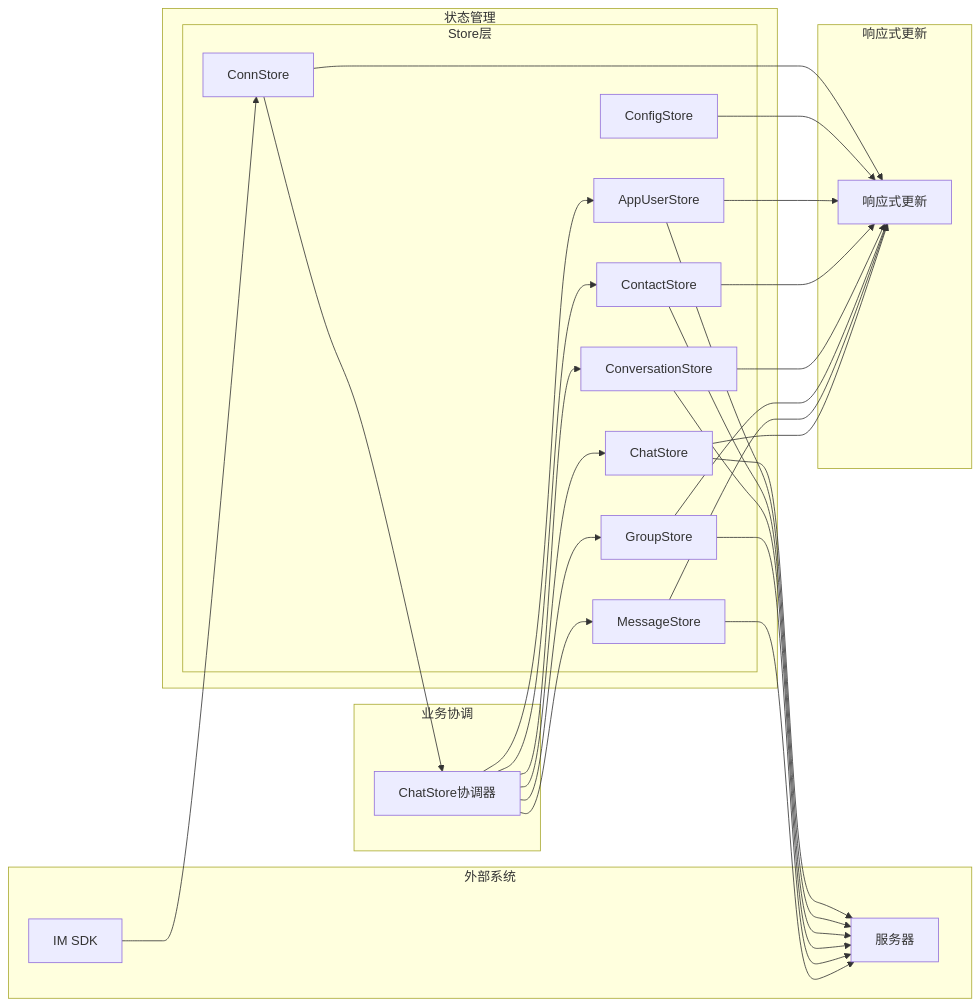
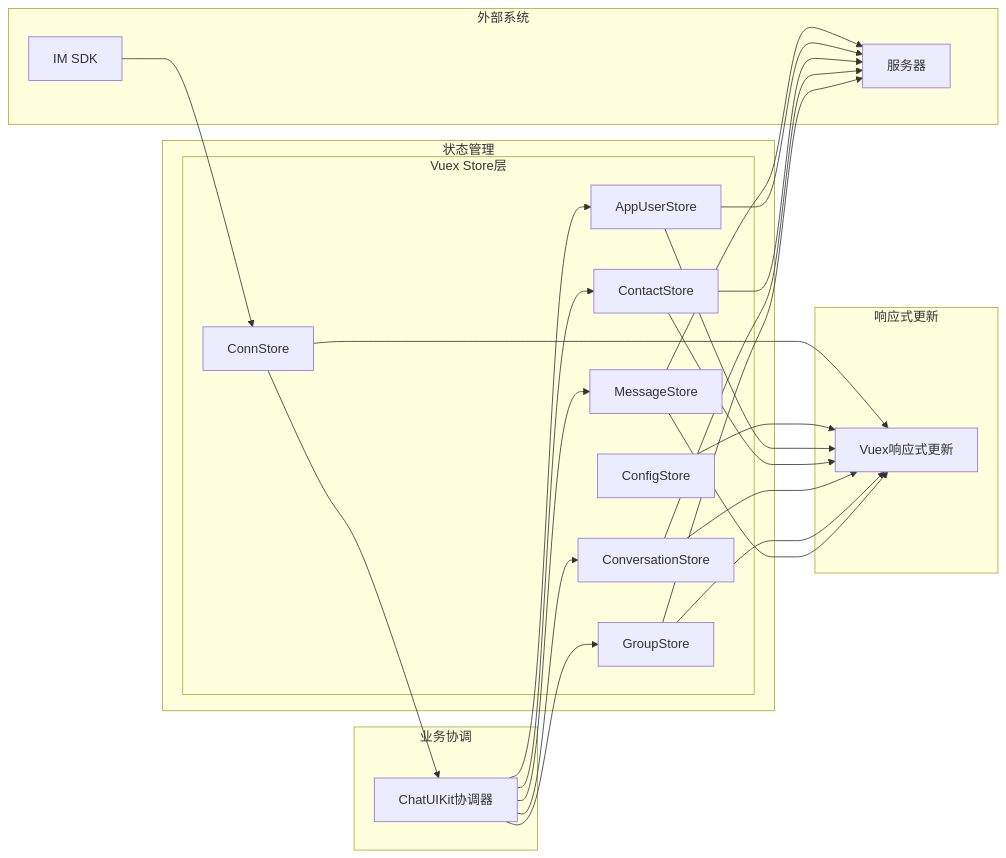
One commit to Easemob-Community/easemob-uikit-uniapp-community changed the fourth of 11 diagrams in .qoder/repowiki/zh/content/核心架构/Store状态管理系统架构/Pinia状态管理概览.md. Above: the diagram before and after it, drawn with Mermaid. The commit also changed other lines of this file and 14 other files, not shown here.

````diff
--- a/.qoder/repowiki/zh/content/核心架构/Store状态管理系统架构/Pinia状态管理概览.md
+++ b/.qoder/repowiki/zh/content/核心架构/Store状态管理系统架构/Pinia状态管理概览.md
@@ -209,47 +207,43 @@
 ```mermaid
 flowchart LR
 subgraph "外部系统"
 SDK[IM SDK]
 Server[服务器]
 end
 subgraph "状态管理"
-subgraph "Store层"
+subgraph "Vuex Store层"
 A[ConnStore]
 B[ConfigStore]
 C[AppUserStore]
 D[ContactStore]
 E[ConversationStore]
 F[GroupStore]
 G[MessageStore]
-H[ChatStore]
 end
 end
 subgraph "业务协调"
-Coordinator[ChatStore协调器]
+Coordinator[ChatUIKit协调器]
 end
 SDK --> A
 A --> Coordinator
-Coordinator --> H
+Coordinator --> G
 Coordinator --> C
 Coordinator --> D
 Coordinator --> E
 Coordinator --> F
-Coordinator --> G
-H --> Server
+G --> Server
 C --> Server
 D --> Server
 E --> Server
 F --> Server
-G --> Server
 subgraph "响应式更新"
-Reactive[响应式更新]
+Reactive[Vuex响应式更新]
 end
 A --> Reactive
 B --> Reactive
 C --> Reactive
 D --> Reactive
 E --> Reactive
 F --> Reactive
 G --> Reactive
-H --> Reactive
 ```
````
